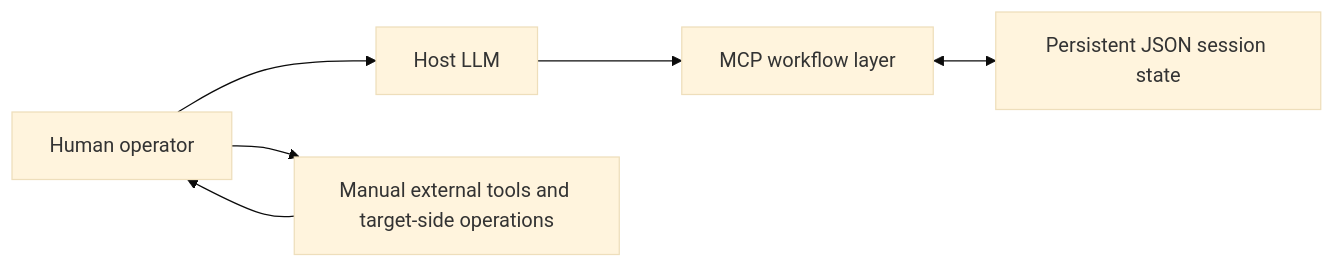
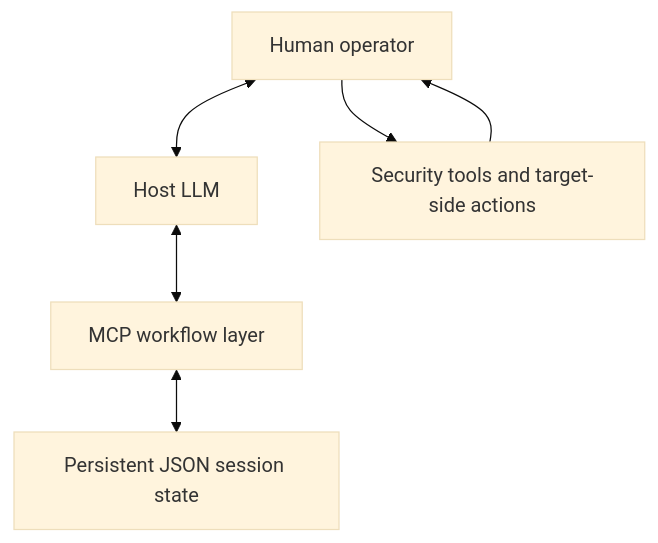
The second of 2 diagrams in README.md (AuroraShie/human-in-the-loop-mcp-security-workflow), drawn with Mermaid (base theme) before and after one commit. The commit also changed other lines of this file and 14 other files, not shown here.

Commit message:
feat: publish private MCP security workflow showcase

````diff
--- a/README.md
+++ b/README.md
@@ -24,8 +38,8 @@
 ```mermaid
-flowchart LR
-    H[Human operator] --> L[Host LLM]
-    L --> M[MCP workflow layer]
+flowchart TB
+    H[Human operator] <--> L[Host LLM]
+    L <--> M[MCP workflow layer]
     M <--> S[Persistent JSON session state]
-    H --> T[Manual external tools and target-side operations]
+    H --> T[Security tools and target-side actions]
     T --> H
 ```
````
